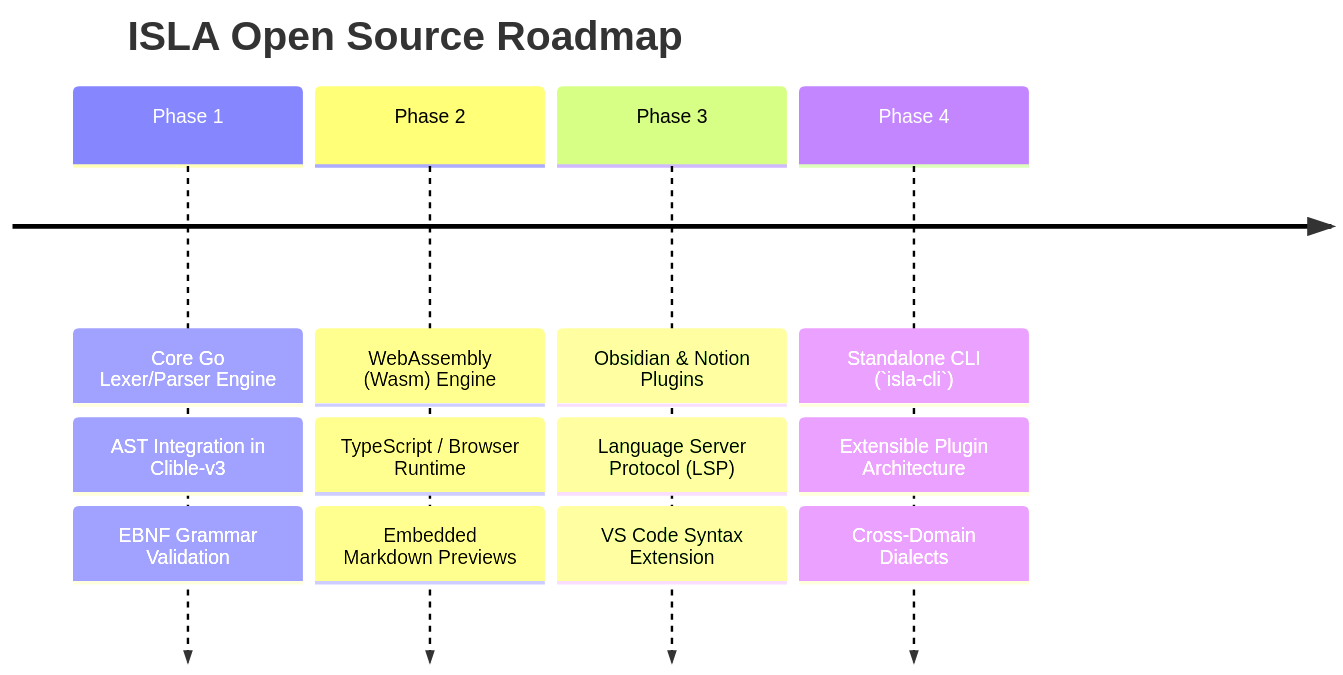
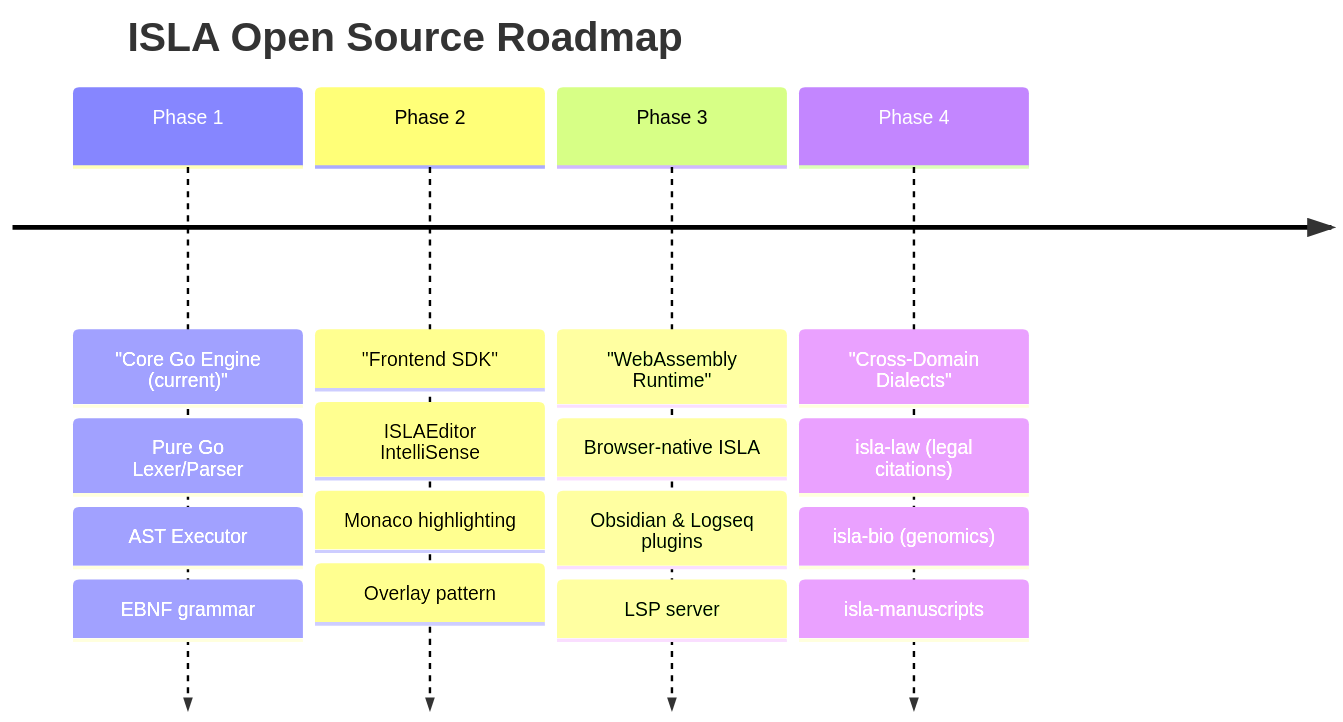
The third of 3 diagrams in docs/architecture/isla-specification.md (mvirtai/clible-v3-go), drawn with Mermaid before and after one commit. The commit also changed other lines of this file and 70 other files, not shown here.

First line of the commit message:
feat: isla editor syntax highlighting, intellisense and output routing (#87)

````diff
--- a/docs/architecture/isla-specification.md
+++ b/docs/architecture/isla-specification.md
@@ -198,8 +293,8 @@
 ```mermaid
 timeline
     title ISLA Open Source Roadmap
-    Phase 1 : Core Go Lexer/Parser Engine : AST Integration in Clible-v3 : EBNF Grammar Validation
-    Phase 2 : WebAssembly (Wasm) Engine : TypeScript / Browser Runtime : Embedded Markdown Previews
-    Phase 3 : Obsidian & Notion Plugins : Language Server Protocol (LSP) : VS Code Syntax Extension
-    Phase 4 : Standalone CLI (`isla-cli`) : Extensible Plugin Architecture : Cross-Domain Dialects
+    Phase 1 : "Core Go Engine (current)" : Pure Go Lexer/Parser : AST Executor : EBNF grammar
+    Phase 2 : "Frontend SDK" : ISLAEditor IntelliSense : Monaco highlighting : Overlay pattern
+    Phase 3 : "WebAssembly Runtime" : Browser-native ISLA : Obsidian & Logseq plugins : LSP server
+    Phase 4 : "Cross-Domain Dialects" : isla-law (legal citations) : isla-bio (genomics) : isla-manuscripts
 ```
````
